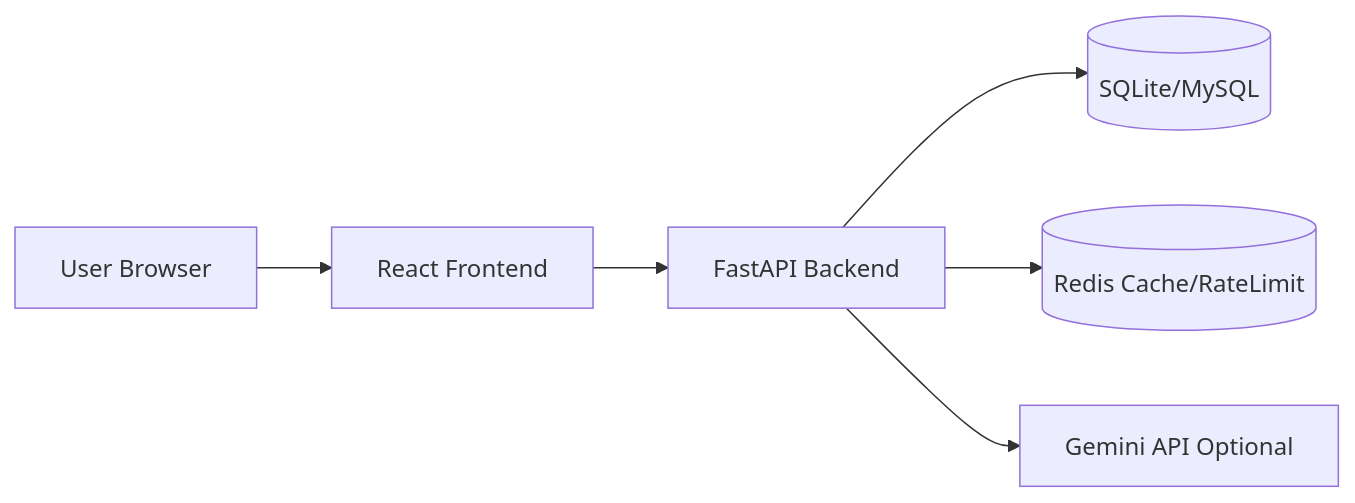
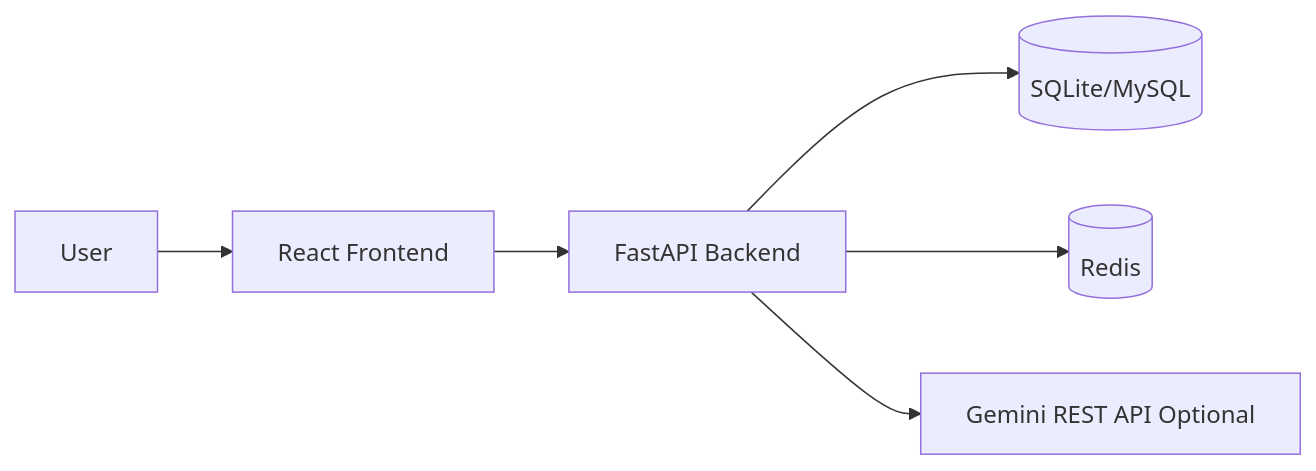
The diagram in README.md (heewonn09/Mini_ChatBot), drawn with Mermaid before and after one commit. The commit also changed other lines of this file, not shown here.

Commit message:
docs: rewrite README with deep architecture analysis

````diff
--- a/README.md
+++ b/README.md
@@ -85,8 +23,8 @@
 ```mermaid
 flowchart LR
-  U[User Browser] --> F[React Frontend]
-  F --> B[FastAPI Backend]
-  B --> DB[(SQLite/MySQL)]
-  B --> R[(Redis Cache/RateLimit)]
-  B --> AI[Gemini API Optional]
+  U[User] --> FE[React Frontend]
+  FE --> API[FastAPI Backend]
+  API --> DB[(SQLite/MySQL)]
+  API --> REDIS[(Redis)]
+  API --> GEMINI[Gemini REST API Optional]
 ```
````
